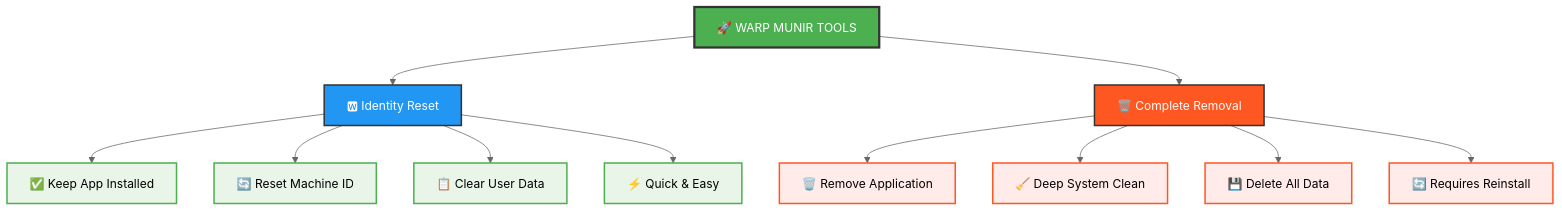
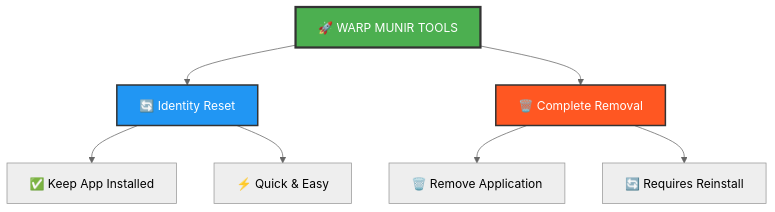
The diagram in README.md (codeiva4u/warp-bypass), drawn with Mermaid (neutral theme) before and after one commit. The commit also changed other lines of this file, not shown here.

````diff
--- a/README.md
+++ b/README.md
@@ -68,27 +33,15 @@
 ```mermaid
 graph TB
-    A[🚀 WARP MUNIR TOOLS] --> B[🆆 Identity Reset]
+    A[🚀 WARP MUNIR TOOLS] --> B[🔄 Identity Reset]
     A --> C[🗑️ Complete Removal]
     
     B --> D[✅ Keep App Installed]
-    B --> E[🔄 Reset Machine ID]
-    B --> F[📋 Clear User Data]
-    B --> G[⚡ Quick & Easy]
+    B --> E[⚡ Quick & Easy]
     
-    C --> H[🗑️ Remove Application]
-    C --> I[🧹 Deep System Clean]
-    C --> J[💾 Delete All Data]
-    C --> K[🔄 Requires Reinstall]
+    C --> F[🗑️ Remove Application] 
+    C --> G[🔄 Requires Reinstall]
     
     style A fill:#4CAF50,stroke:#333,stroke-width:3px,color:#fff
     style B fill:#2196F3,stroke:#333,stroke-width:2px,color:#fff
     style C fill:#FF5722,stroke:#333,stroke-width:2px,color:#fff
-    style D fill:#E8F5E8,stroke:#4CAF50,stroke-width:2px
-    style E fill:#E8F5E8,stroke:#4CAF50,stroke-width:2px
-    style F fill:#E8F5E8,stroke:#4CAF50,stroke-width:2px
-    style G fill:#E8F5E8,stroke:#4CAF50,stroke-width:2px
-    style H fill:#FFEBE9,stroke:#FF5722,stroke-width:2px
-    style I fill:#FFEBE9,stroke:#FF5722,stroke-width:2px
-    style J fill:#FFEBE9,stroke:#FF5722,stroke-width:2px
-    style K fill:#FFEBE9,stroke:#FF5722,stroke-width:2px
 ```
````
